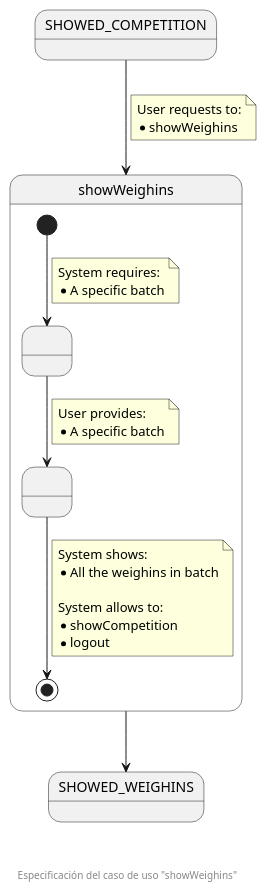
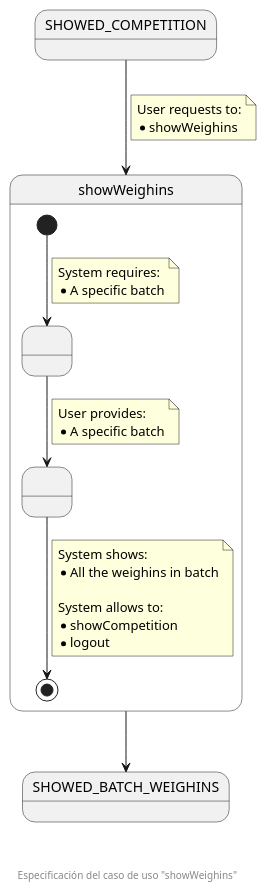
Before and after one commit to zuldare/mastercloud_pfm_halterocms: the diagram in diagrams/useCasesSpecification/showWeighins.puml, drawn with PlantUML.

Commit message:
Rename SHOWED_WEIGHINS to SHOWED_BATCH_WEIGHINS

```diff
--- a/diagrams/useCasesSpecification/showWeighins.puml
+++ b/diagrams/useCasesSpecification/showWeighins.puml
@@ -1,37 +1,37 @@
 @startuml
 state SHOWED_COMPETITION
 state showWeighins {
   state " " as pendingBatch
   state " " as providedBatch
   [*] --> pendingBatch
   note on link
     System requires:
     * A specific batch
   end note
   pendingBatch --> providedBatch
   note on link
     User provides:
     * A specific batch
   end note
   providedBatch --> [*]
   note on link
     System shows:
     * All the weighins in batch
     
     System allows to:
     * showCompetition
     * logout
   end note
 }
-state SHOWED_WEIGHINS
+state SHOWED_BATCH_WEIGHINS
 
 SHOWED_COMPETITION --> showWeighins
 note on link
   User requests to:
   * showWeighins
 end note
 
-showWeighins --> SHOWED_WEIGHINS
+showWeighins --> SHOWED_BATCH_WEIGHINS
 
 footer \n\n\n Especificación del caso de uso "showWeighins"
 @enduml
```
